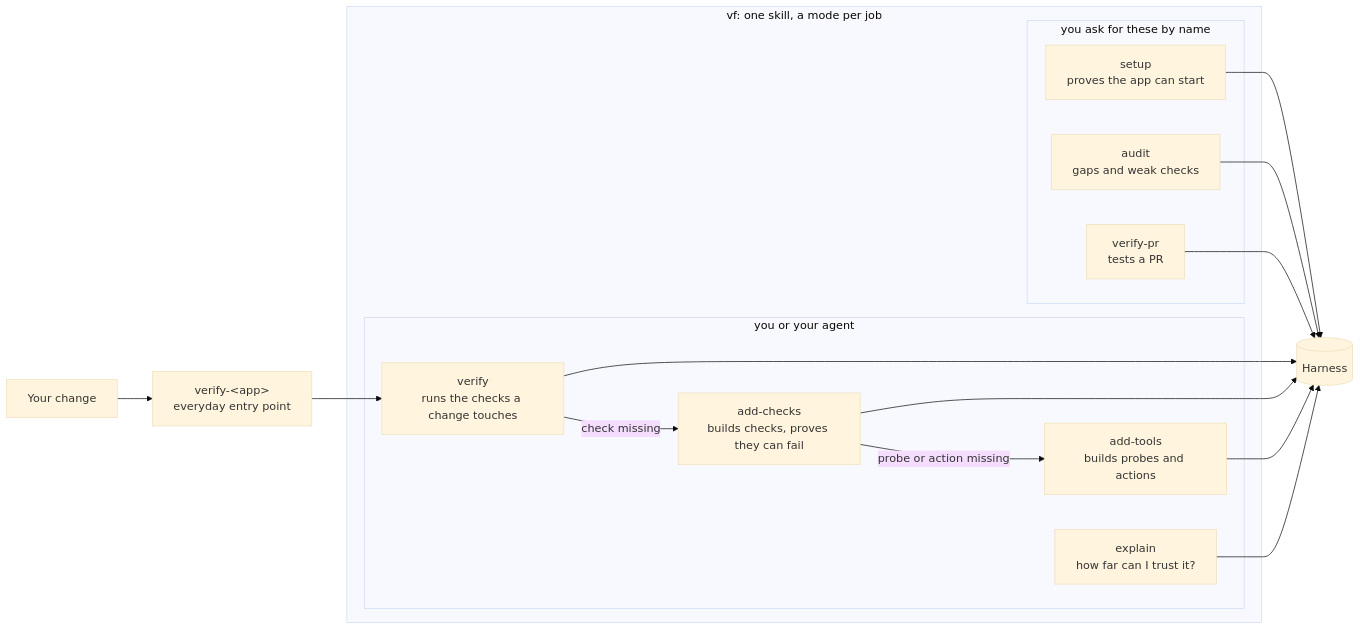
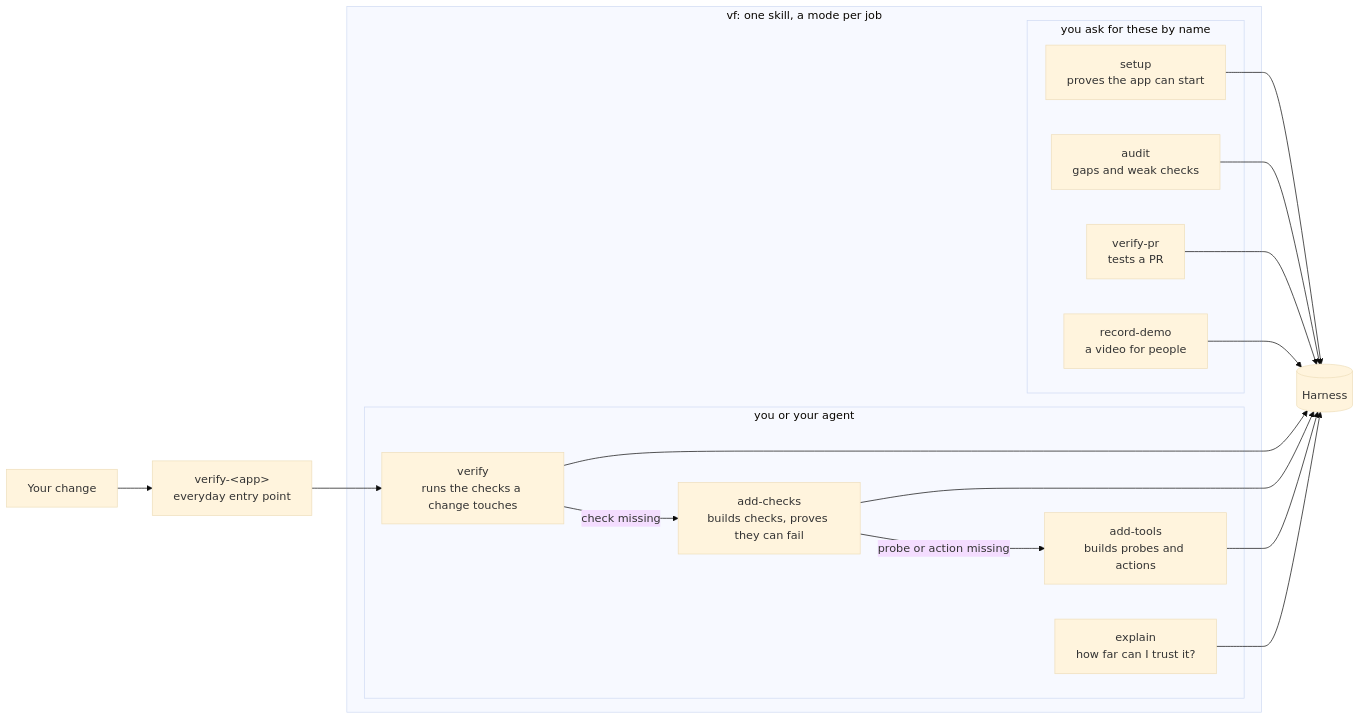
The diagram in USAGE.md (kennymatsudo/verification-framework), drawn with Mermaid (base theme) before and after one commit. The commit also changed other lines of this file and 44 other files, not shown here.

````diff
--- a/USAGE.md
+++ b/USAGE.md
@@ -118,21 +119,22 @@
 ```mermaid
 flowchart LR
   subgraph vf[vf: one skill, a mode per job]
     subgraph person[you ask for these by name]
       setup[setup<br/>proves the app can start]
       audit[audit<br/>gaps and weak checks]
       pr[verify-pr<br/>tests a PR]
+      demo[record-demo<br/>a video for people]
     end
     subgraph agent[you or your agent]
       verify[verify<br/>runs the checks a change touches]
       build[add-checks<br/>builds checks, proves they can fail]
       tools[add-tools<br/>builds probes and actions]
       explain[explain<br/>how far can I trust it?]
       verify -->|check missing| build
       build -->|probe or action missing| tools
     end
   end
   you[Your change] --> app[verify-&lt;app&gt;<br/>everyday entry point] --> verify
   harness[(Harness)]
-  setup & audit & pr & verify & build & tools & explain --> harness
+  setup & audit & pr & demo & verify & build & tools & explain --> harness
 ```
````
